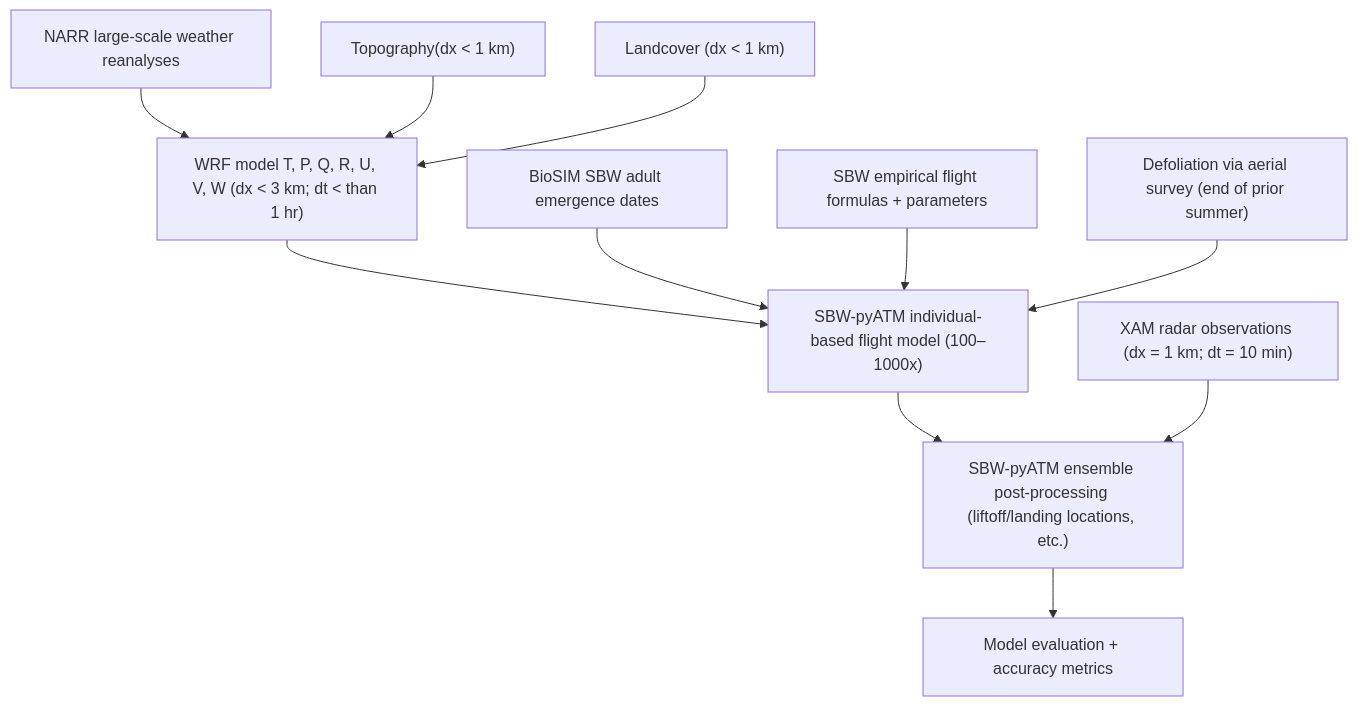
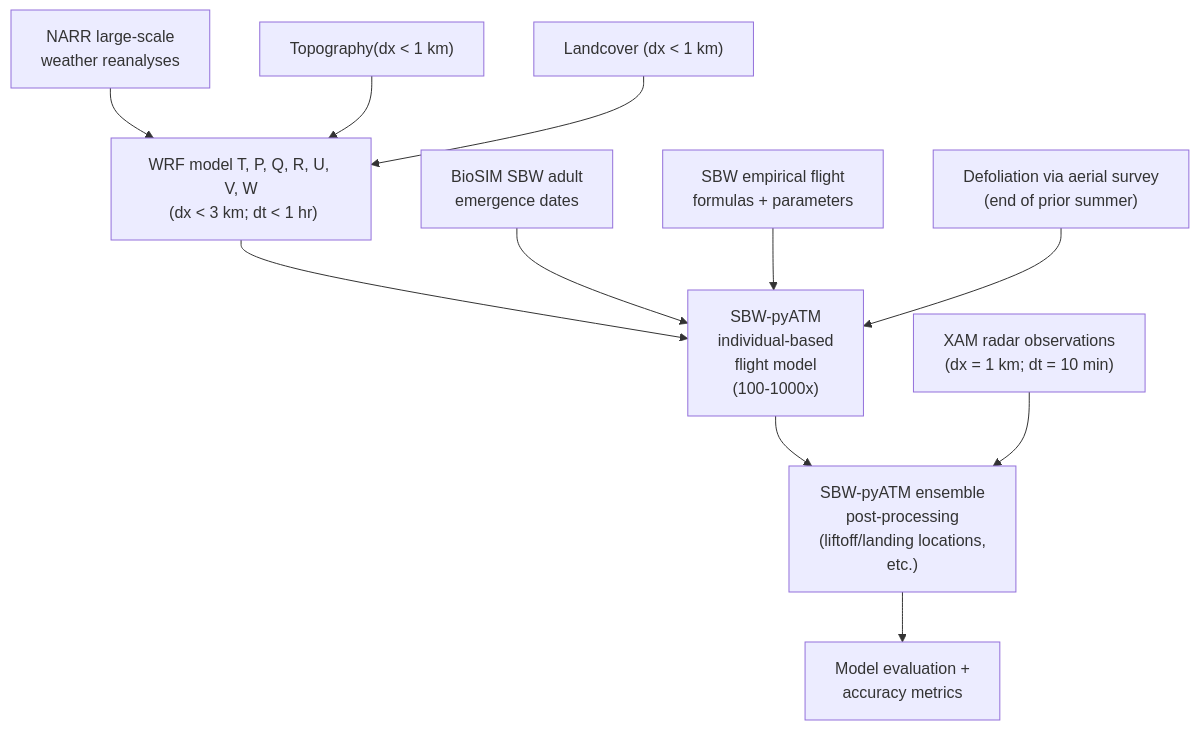
Before and after one commit to FOR-CAST/SBW-ATM: the diagram in model-details.qmd, drawn with Mermaid.

Commit message:
fix flowchart rendering - use shorter lines of text

````diff
--- a/model-details.qmd
+++ b/model-details.qmd
@@ -28,27 +28,38 @@
 ```{mermaid}
-
 flowchart TD
- A["NARR large-scale weather reanalyses"]
+ A["NARR large-scale
+ weather reanalyses"]
  B["Topography(dx < 1 km)"]
  C["Landcover (dx < 1 km)"]
- D["WRF model T, P, Q, R, U, V, W (dx < 3 km; dt < than 1 hr)"]
- E["BioSIM SBW adult emergence dates"]
- F["SBW empirical flight formulas + parameters"]
- G["SBW-pyATM individual-based flight model (100–1000x)"]
- H["Defoliation via aerial survey (end of prior summer)"]
- I["XAM radar observations (dx = 1 km; dt = 10 min)"]
- J["SBW-pyATM ensemble post-processing (liftoff/landing locations, etc.)"]
- K["Model evaluation + accuracy metrics"]
+ D["WRF model T, P, Q, R, U, V, W
+ (dx < 3 km; dt < 1 hr)"]
+ E["BioSIM SBW adult
+ emergence dates"]
+ F["SBW empirical flight
+ formulas + parameters"]
+ G["SBW-pyATM
+ individual-based
+ flight model
+ (100-1000x)"]
+ H["Defoliation via aerial survey
+ (end of prior summer)"]
+ I["XAM radar observations
+ (dx = 1 km; dt = 10 min)"]
+ J["SBW-pyATM ensemble
+ post-processing
+ (liftoff/landing locations,
+ etc.)"]
+ K["Model evaluation +
+ accuracy metrics"]
 
  A --> D
  B --> D
  C --> D
  D --> G
  E --> G
  F --> G
  H --> G
  G --> J
  I --> J
  J --> K 
-
 ```
````
